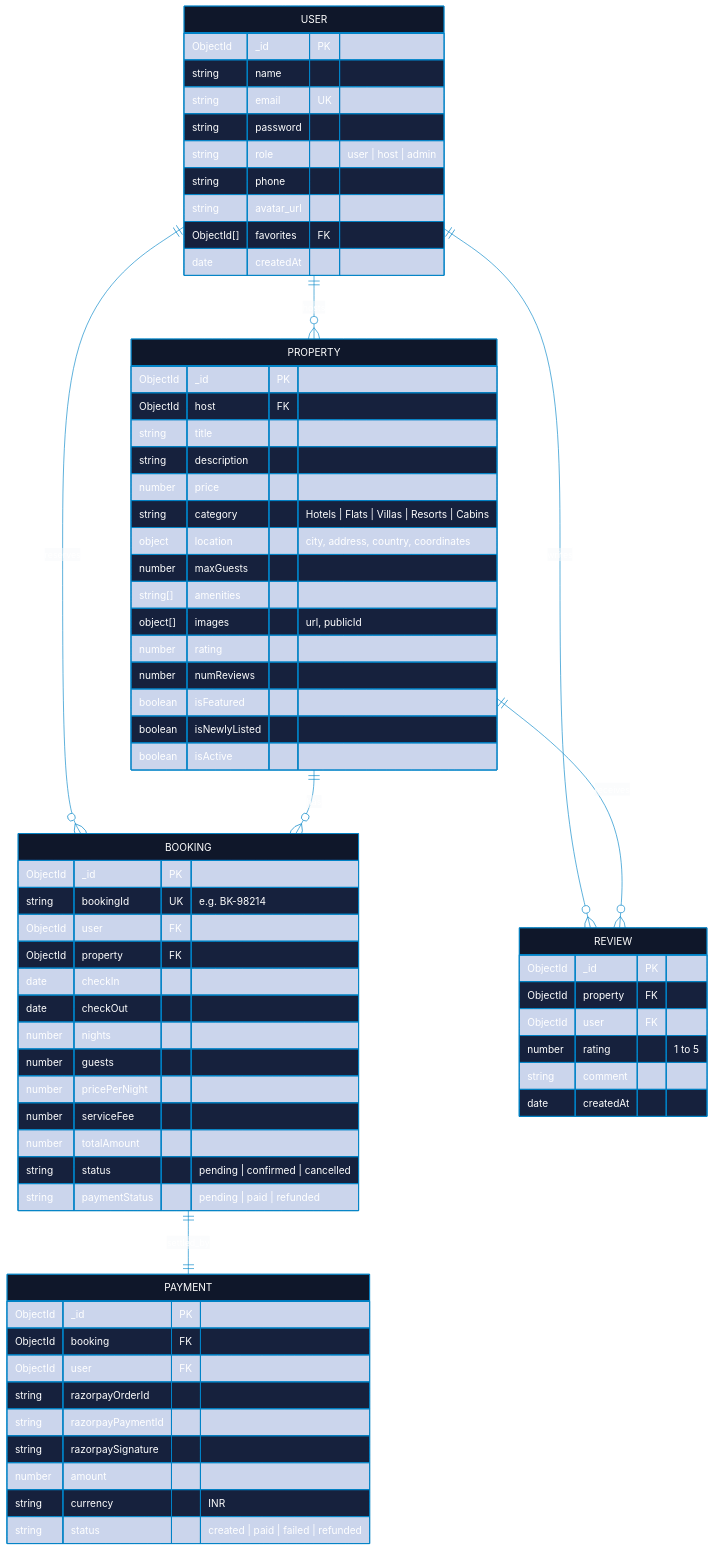
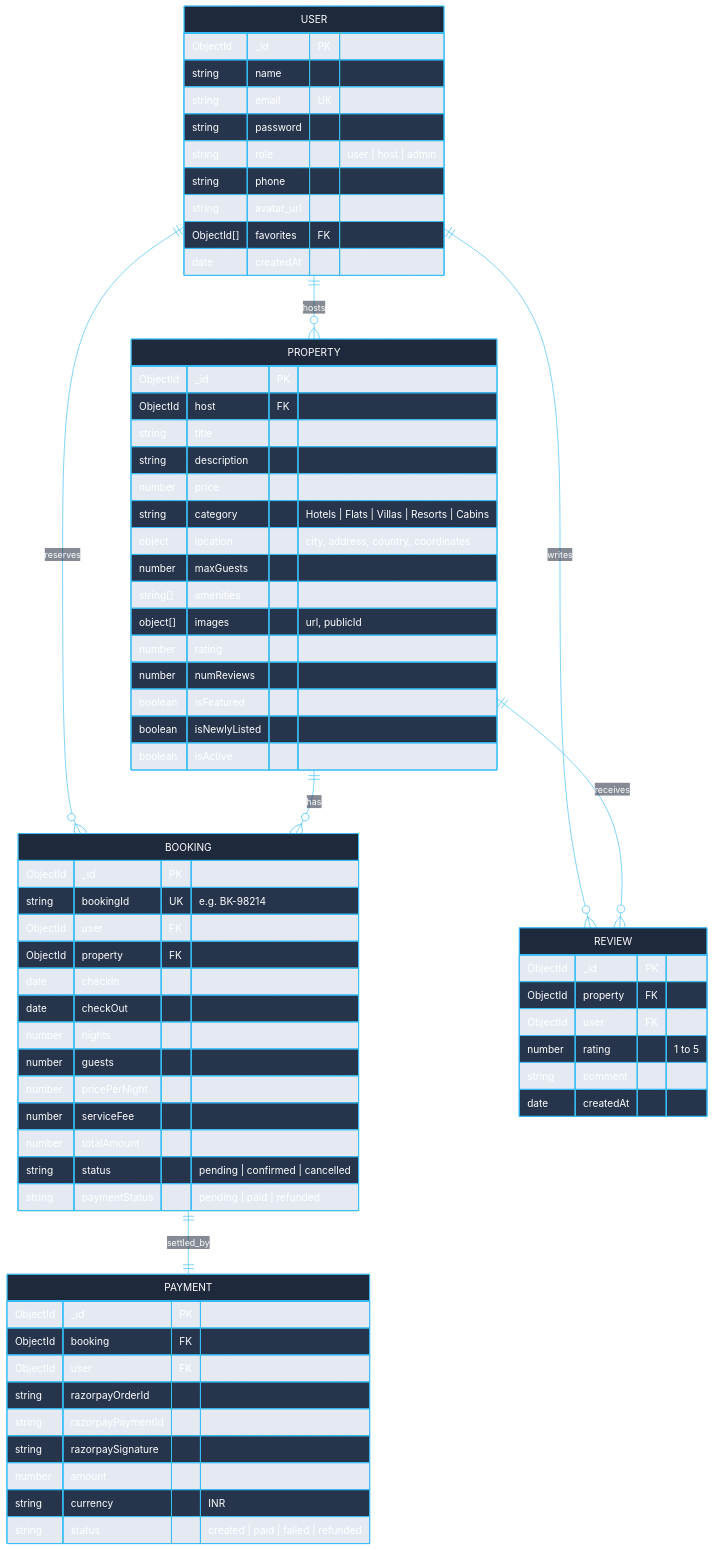
Before and after one commit to m4nish-dev/homely: the sixth of 6 diagrams in README.md, drawn with Mermaid. The commit also changed other lines of this file, not shown here.

Commit message:
docs: replace sequence diagrams with vibrant, high-contrast workflow flowcharts for clear visibility

```diff
--- a/README.md
+++ b/README.md
@@ -335,13 +240,13 @@
 %%{init: {
   'theme': 'base',
   'themeVariables': {
-    'primaryColor': '#0f172a',
+    'primaryColor': '#1e293b',
     'primaryTextColor': '#ffffff',
-    'primaryBorderColor': '#0284c7',
-    'lineColor': '#0284c7',
-    'tertiaryColor': '#f8fafc',
-    'attributeBackgroundColorEven': '#f8fafc',
-    'attributeBackgroundColorOdd': '#ffffff'
+    'primaryBorderColor': '#38bdf8',
+    'lineColor': '#38bdf8',
+    'tertiaryColor': '#0f172a',
+    'attributeBackgroundColorEven': '#1e293b',
+    'attributeBackgroundColorOdd': '#334155'
   }
 }}%%
 erDiagram
```
